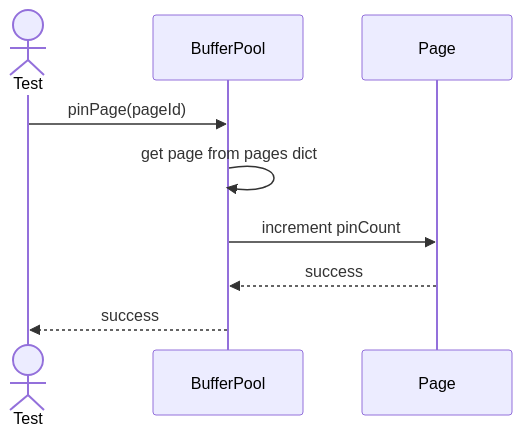
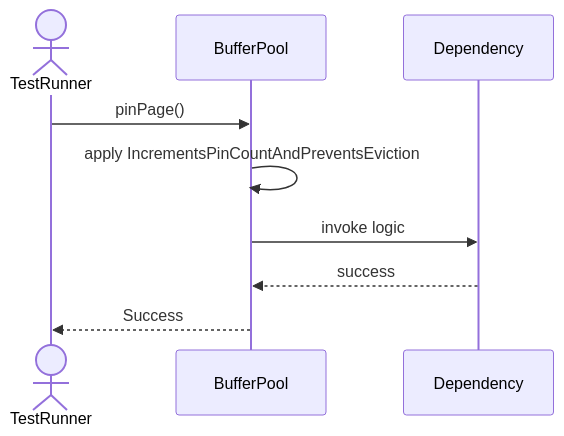
The first of 8 diagrams in Sequences/StorageEngine/BufferPool.md (TamBui1706/DBMS), drawn with Mermaid before and after one commit. The commit also changed other lines of this file and 63 other files, not shown here.

Commit message:
Draw sequence diagram for unit tests

````diff
--- a/Sequences/StorageEngine/BufferPool.md
+++ b/Sequences/StorageEngine/BufferPool.md
@@ -16,12 +22,10 @@
 ```mermaid
 sequenceDiagram
-    actor Test
+    actor TestRunner
     participant BufferPool
-    participant Page
-
-    Test->>BufferPool: pinPage(pageId)
-    BufferPool->>BufferPool: get page from pages dict
-    BufferPool->>Page: increment pinCount
-    Page-->>BufferPool: success
-    BufferPool-->>Test: success
+    TestRunner->>BufferPool: pinPage()
+    BufferPool->>BufferPool: apply IncrementsPinCountAndPreventsEviction
+    BufferPool->>Dependency: invoke logic
+    Dependency-->>BufferPool: success
+    BufferPool-->>TestRunner: Success
 ```
````
